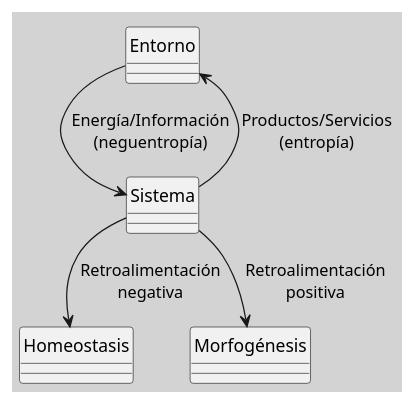
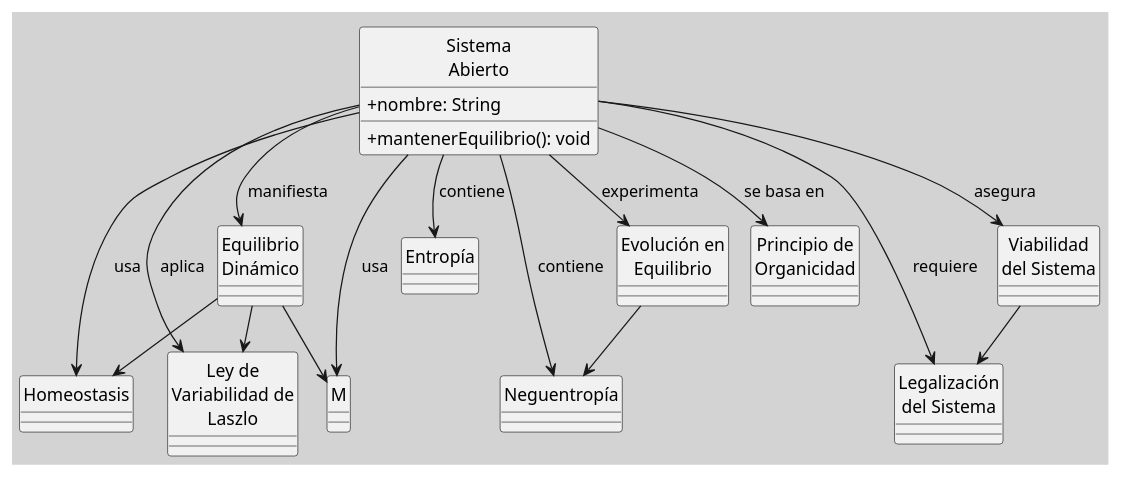
One commit to egrpy/egr-zettel-lectures changed the diagram in src/site/notes/050 Base de Conocimientos/200  Mi Zettelkasten/100 Docencia/Org1/2025/Clase 13 Principio de Organicidad/Zk Principio de Organicidad (Uniendo Conceptos).md. Above: the diagram before and after it, drawn with PlantUML. The commit also changed other lines of this file, not shown here.

````diff
--- a/src/site/notes/050 Base de Conocimientos/200  Mi Zettelkasten/100 Docencia/Org1/2025/Clase 13 Principio de Organicidad/Zk Principio de Organicidad (Uniendo Conceptos).md
+++ b/src/site/notes/050 Base de Conocimientos/200  Mi Zettelkasten/100 Docencia/Org1/2025/Clase 13 Principio de Organicidad/Zk Principio de Organicidad (Uniendo Conceptos).md
@@ -46,16 +71,43 @@
 ```plantuml
+@startuml
 !pragma layout smetana
 skinparam style strictuml
 skinparam classAttributeIconSize 0
 skinparam BackgroundColor LightGray
 top to bottom direction
 'skinparam linetype ortho
 
-class Entorno
+class "Sistema\nAbierto" as SA {
+  + nombre: String
+  + mantenerEquilibrio(): void
+}
 
-Entorno --> Sistema : Energía/Información\n(neguentropía)
-Sistema --> Entorno : Productos/Servicios\n(entropía)
-Sistema --> Homeostasis : Retroalimentación\nnegativa
-Sistema --> Morfogénesis : Retroalimentación\npositiva
+class "Equilibrio\nDinámico" as ED
+class "Entropía" as E
+class "Neguentropía" as N
+class "Homeostasis" as H
+class "Principio de\nOrganicidad" as PO
+class "Ley de\nVariabilidad de\nLaszlo" as LVL
+class "Evolución en\nEquilibrio" as EE
+class "Legalización\ndel Sistema" as LS
+class "Viabilidad\ndel Sistema" as VS
+
+SA --> ED : manifiesta
+SA --> E : contiene
+SA --> N : contiene
+SA --> H : usa
+SA --> M : usa
+SA --> PO : se basa en
+SA --> LVL : aplica
+SA --> EE : experimenta
+SA --> LS : requiere
+SA --> VS : asegura
+
+ED --> H
+ED --> M
+ED --> LVL
+EE --> N
+VS --> LS
+
 @enduml
 ```
````
